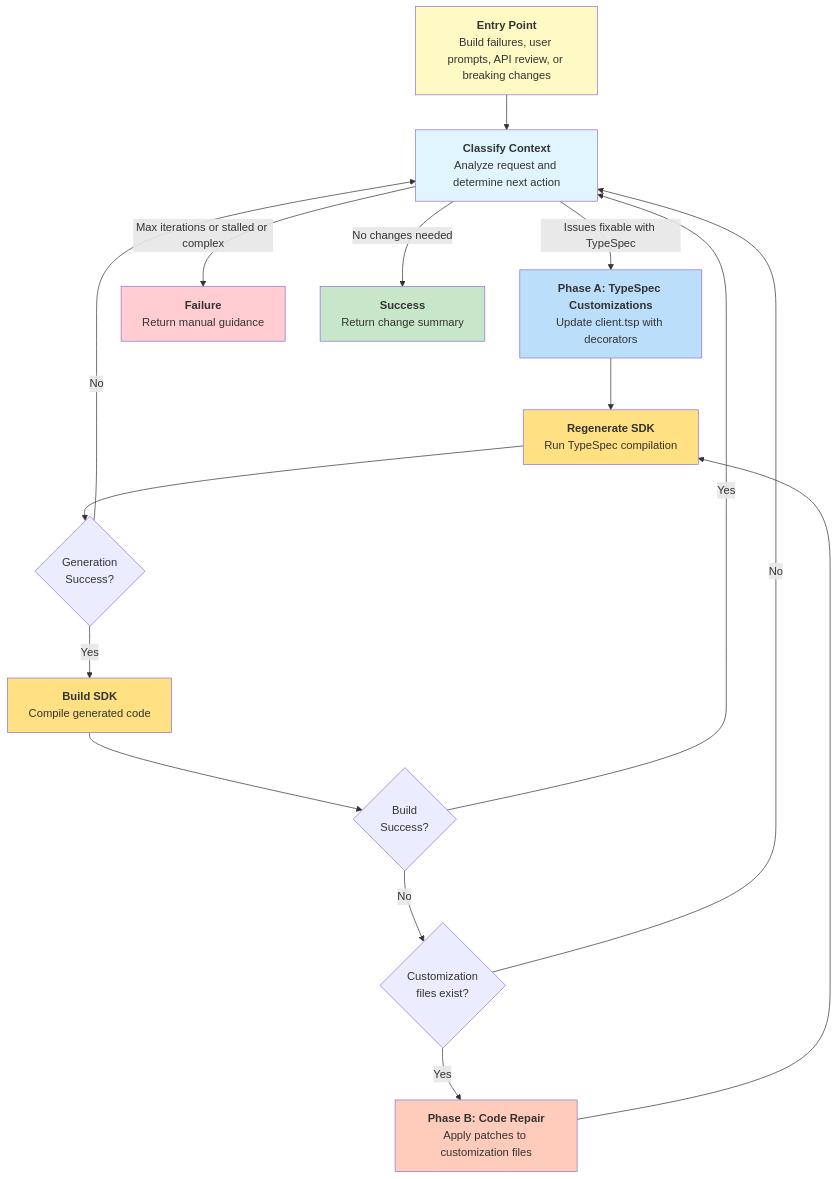
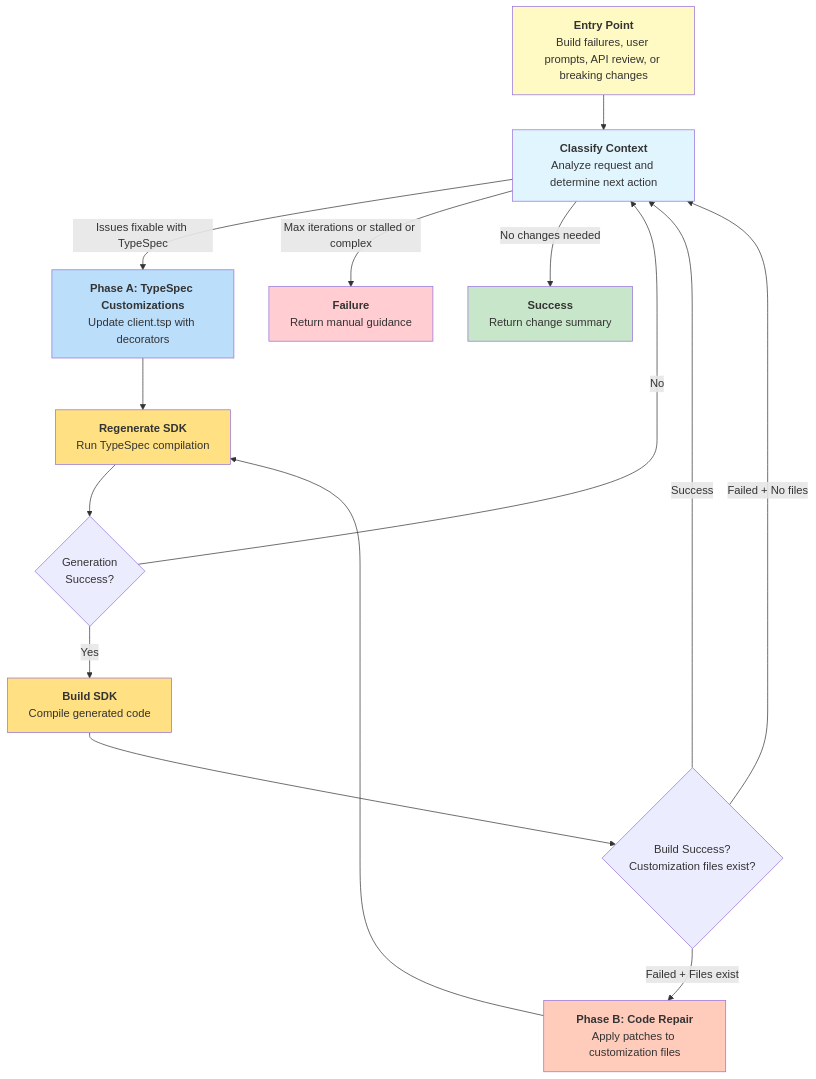
The second of 2 diagrams in tools/azsdk-cli/docs/specs/3-customizing-client-tsp.spec.md (Azure/azure-sdk-tools), drawn with Mermaid before and after one commit. The commit also changed other lines of this file, not shown here.

Commit message:
Refine rationale for Phase B automation

````diff
--- a/tools/azsdk-cli/docs/specs/3-customizing-client-tsp.spec.md
+++ b/tools/azsdk-cli/docs/specs/3-customizing-client-tsp.spec.md
@@ -307,36 +254,35 @@
 ```mermaid
 flowchart TD
     Entry[<b>Entry Point</b><br/>Build failures, user prompts, API review, or breaking changes]
     Entry --> Classify
 
     Classify[<b>Classify Context</b><br/>Analyze request and determine next action]
     Classify -->|Issues fixable with TypeSpec| PhaseA
     Classify -->|Max iterations or stalled or complex| Failure
     Classify -->|No changes needed| Success
 
     PhaseA[<b>Phase A: TypeSpec Customizations</b><br/>Update client.tsp with decorators]
     PhaseA --> Regen[<b>Regenerate SDK</b><br/>Run TypeSpec compilation]
 
     Regen --> RegenOK{Generation<br/>Success?}
     RegenOK -->|No| Classify
     RegenOK -->|Yes| Build[<b>Build SDK</b><br/>Compile generated code]
 
-    Build --> BuildOK{Build<br/>Success?}
-    BuildOK -->|Yes| Classify
-    BuildOK -->|No| CheckB{Customization<br/>files exist?}
-    CheckB -->|No| Classify
-    CheckB -->|Yes| PhaseB[<b>Phase B: Code Repair</b><br/>Apply patches to customization files]
+    Build --> BuildCheck{Build Success?<br/>Customization files exist?}
+    BuildCheck -->|Success| Classify
+    BuildCheck -->|Failed + No files| Classify
+    BuildCheck -->|Failed + Files exist| PhaseB[<b>Phase B: Code Repair</b><br/>Apply patches to customization files]
     PhaseB --> Regen
 
     Success[<b>Success</b><br/>Return change summary]
     Failure[<b>Failure</b><br/>Return manual guidance]
 
     style Entry fill:#fff9c4
     style Classify fill:#e1f5fe
     style PhaseA fill:#bbdefb
     style PhaseB fill:#ffccbc
     style Success fill:#c8e6c9
     style Failure fill:#ffcdd2
     style Regen fill:#ffe082
     style Build fill:#ffe082
 ```
````
